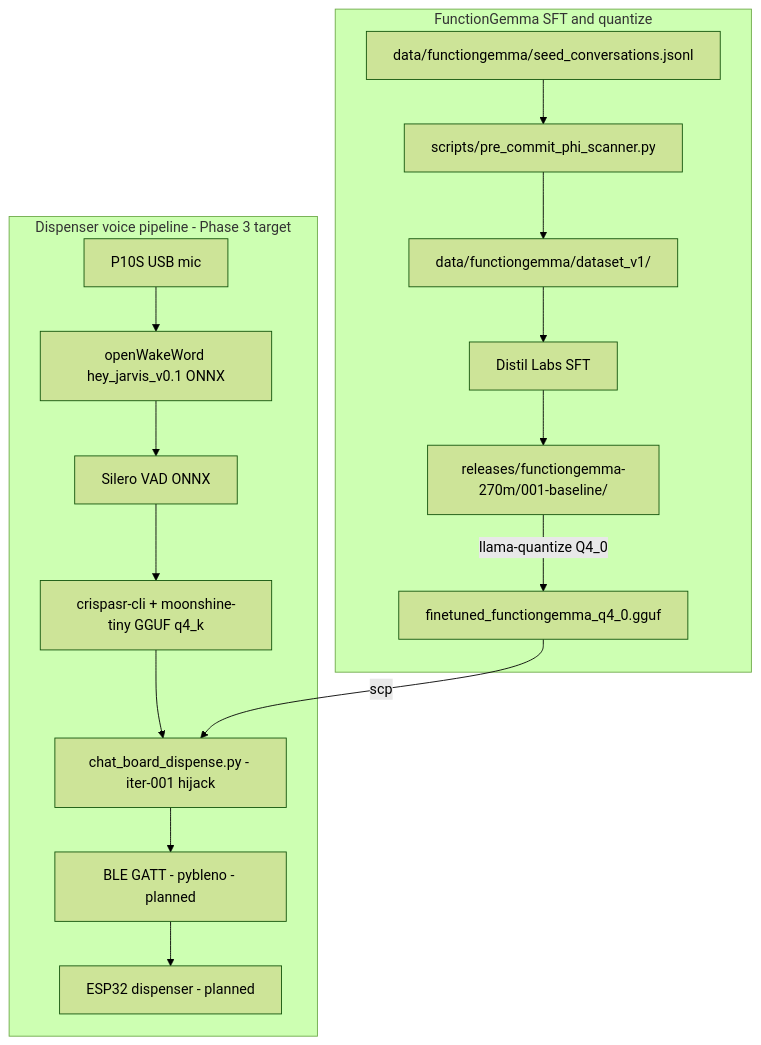
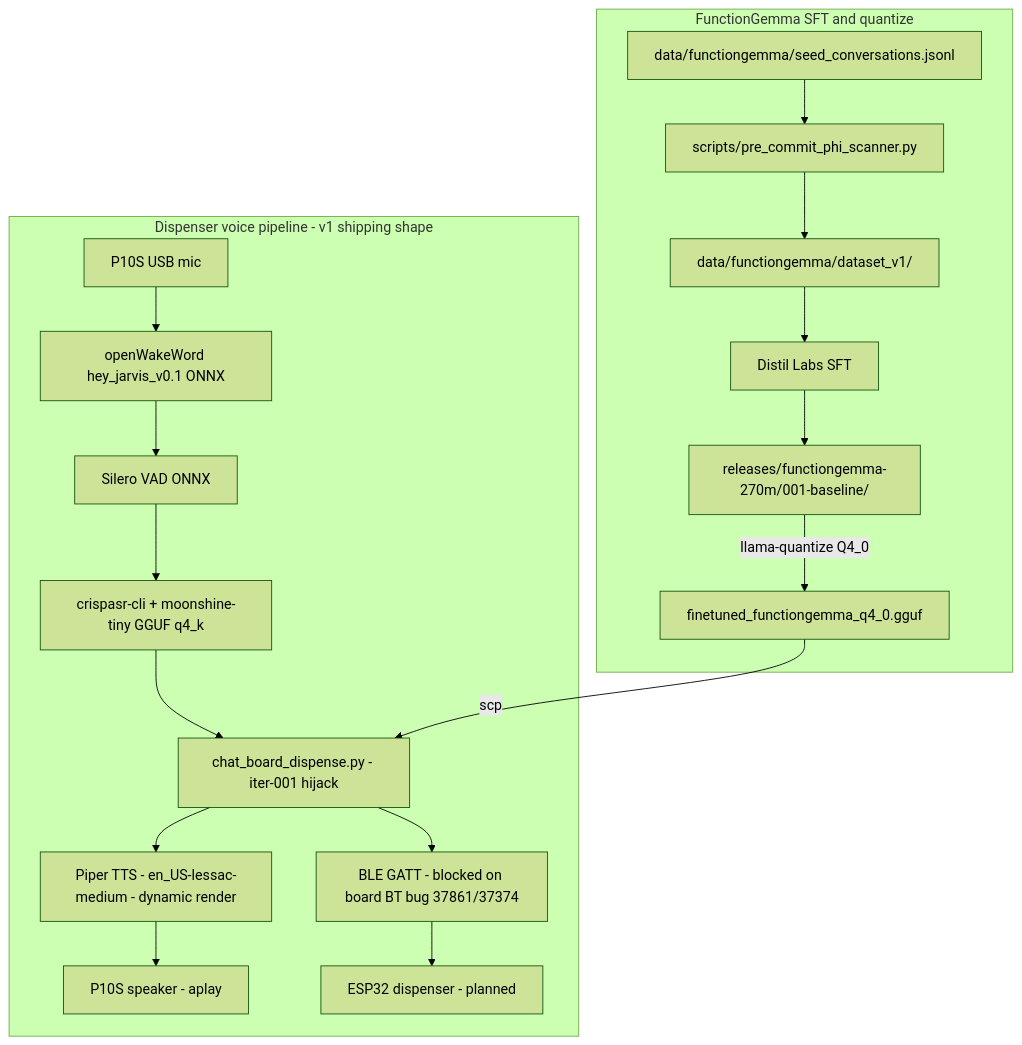
Before and after one commit to lanhp-vn/SL2619-EdgeAI-FunctionGemma-270M-int4-health-tools: the first of 2 diagrams in CLAUDE.md, drawn with Mermaid (forest theme). The commit also changed other lines of this file and 8 other files, not shown here.

````diff
--- a/CLAUDE.md
+++ b/CLAUDE.md
@@ -24,24 +24,28 @@
 ```mermaid
 flowchart TB
     subgraph FG[FunctionGemma SFT and quantize]
         SEEDS[data/functiongemma/seed_conversations.jsonl]
         PHI[scripts/pre_commit_phi_scanner.py]
         SPLITS[data/functiongemma/dataset_v1/]
         DISTIL[Distil Labs SFT]
         REL[releases/functiongemma-270m/001-baseline/]
         GGUF[finetuned_functiongemma_q4_0.gguf]
         SEEDS --> PHI --> SPLITS --> DISTIL --> REL
         REL -- llama-quantize Q4_0 --> GGUF
     end
-    subgraph DD[Dispenser voice pipeline - Phase 3 target]
+    subgraph DD[Dispenser voice pipeline - v1 shipping shape]
         MIC[P10S USB mic]
         WAKE[openWakeWord hey_jarvis_v0.1 ONNX]
         VAD[Silero VAD ONNX]
         STT[crispasr-cli + moonshine-tiny GGUF q4_k]
         BRAIN[chat_board_dispense.py - iter-001 hijack]
-        BLE[BLE GATT - pybleno - planned]
+        TTS[Piper TTS - en_US-lessac-medium - dynamic render]
+        SPK[P10S speaker - aplay]
+        BLE[BLE GATT - blocked on board BT bug 37861/37374]
         ESP[ESP32 dispenser - planned]
-        MIC --> WAKE --> VAD --> STT --> BRAIN --> BLE --> ESP
+        MIC --> WAKE --> VAD --> STT --> BRAIN
+        BRAIN --> TTS --> SPK
+        BRAIN --> BLE --> ESP
     end
     GGUF -- scp --> BRAIN
 ```
````
